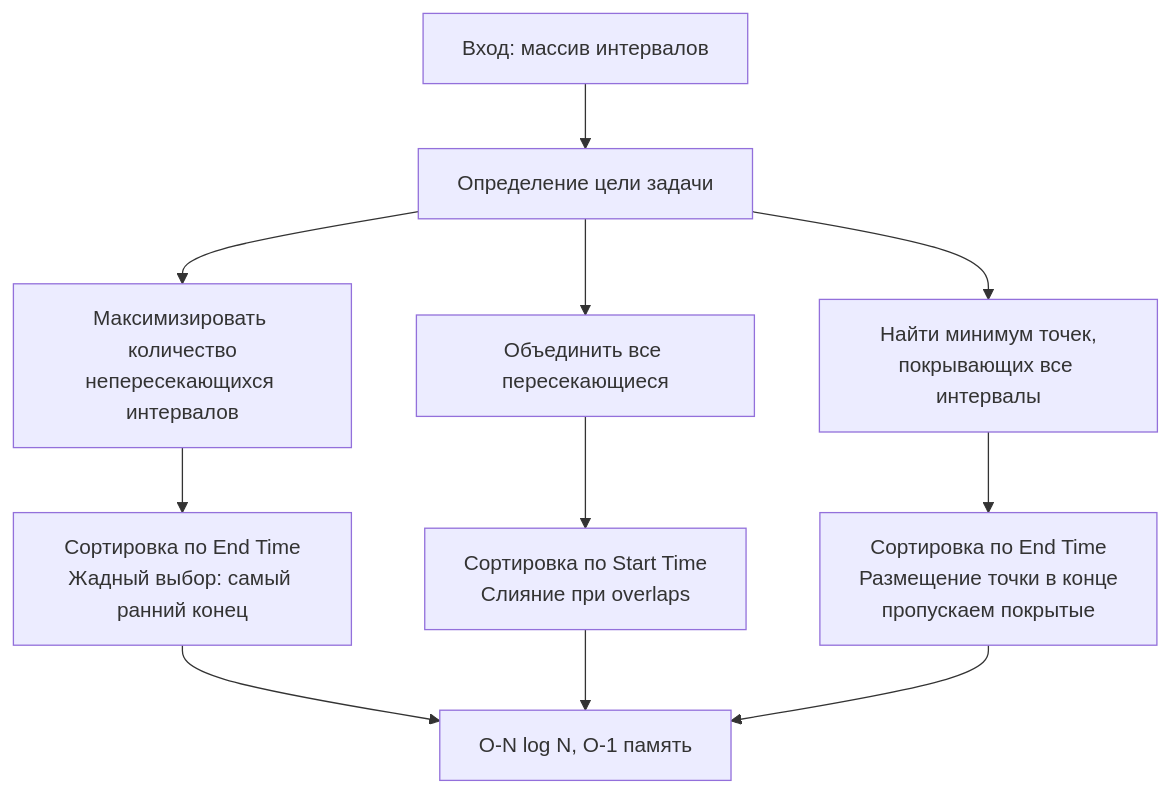
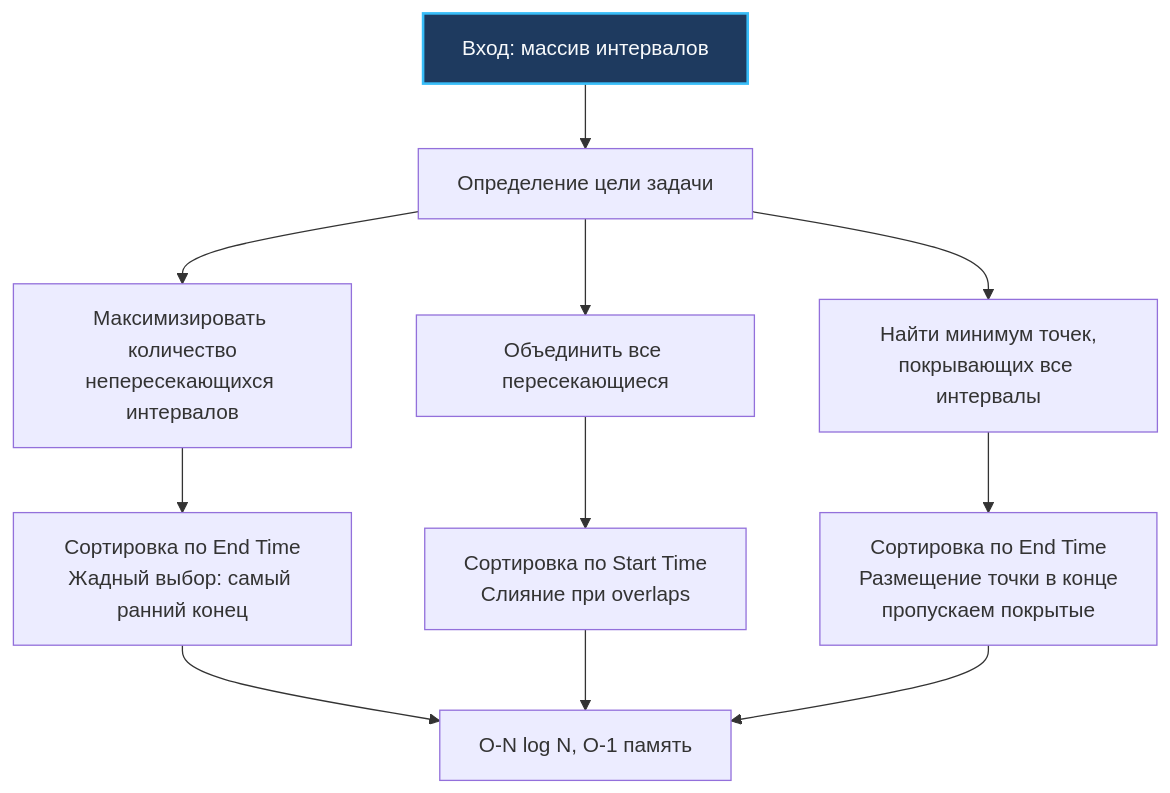
Before and after one commit to UnrealTemplier/go-textbook: the first of 2 diagrams in sources/21. Задачи с LeetCode и собеседований на Go/02. Задачи/17. Жадные алгоритмы/2. Интервальные задачи.md, drawn with Mermaid. The commit also changed other lines of this file and 1666 other files, not shown here.

First line of the commit message:
feat(mermaid): add semantic color classDef to 1369 colorless flowchart/graph diagrams

````diff
--- a/sources/21. Задачи с LeetCode и собеседований на Go/02. Задачи/17. Жадные алгоритмы/2. Интервальные задачи.md
+++ b/sources/21. Задачи с LeetCode и собеседований на Go/02. Задачи/17. Жадные алгоритмы/2. Интервальные задачи.md
@@ -7,13 +7,23 @@
 ```mermaid
 flowchart TD
-  A["Вход: массив интервалов"] --> B["Определение цели задачи"]
+    classDef process  fill:#1e293b,stroke:#38bdf8,stroke-width:1px,color:#f8fafc
+    classDef success  fill:#064e3b,stroke:#34d399,stroke-width:1px,color:#f8fafc
+    classDef error    fill:#7f1d1d,stroke:#f87171,stroke-width:1px,color:#f8fafc
+    classDef warning  fill:#78350f,stroke:#fbbf24,stroke-width:1px,color:#f8fafc
+    classDef entry    fill:#1e3a5f,stroke:#38bdf8,stroke-width:2px,color:#f8fafc
+    classDef aux      fill:#334155,stroke:#64748b,stroke-width:1px,color:#f8fafc
+    classDef system   fill:#312e81,stroke:#a78bfa,stroke-width:1px,color:#f8fafc
+    classDef data     fill:#132d29,stroke:#2dd4bf,stroke-width:1px,color:#f8fafc
+    classDef network  fill:#881337,stroke:#fb7185,stroke-width:1px,color:#f8fafc
+    classDef accent   fill:#1e1b4b,stroke:#818cf8,stroke-width:1px,color:#f8fafc
+  A["Вход: массив интервалов"]:::entry --> B["Определение цели задачи"]
   B --> C["Максимизировать количество<br>непересекающихся интервалов"]
   B --> D["Объединить все пересекающиеся"]
   B --> E["Найти минимум точек,<br>покрывающих все интервалы"]
   C --> F["Сортировка по End Time<br>Жадный выбор: самый ранний конец"]
   D --> G["Сортировка по Start Time<br>Слияние при overlaps"]
   E --> H["Сортировка по End Time<br>Размещение точки в конце<br>пропускаем покрытые"]
   F --> I["O-N log N, O-1 память"]
   G --> I
   H --> I
 ```
````
